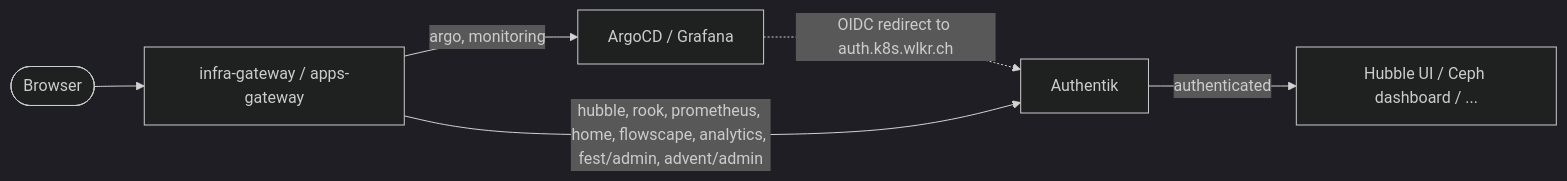
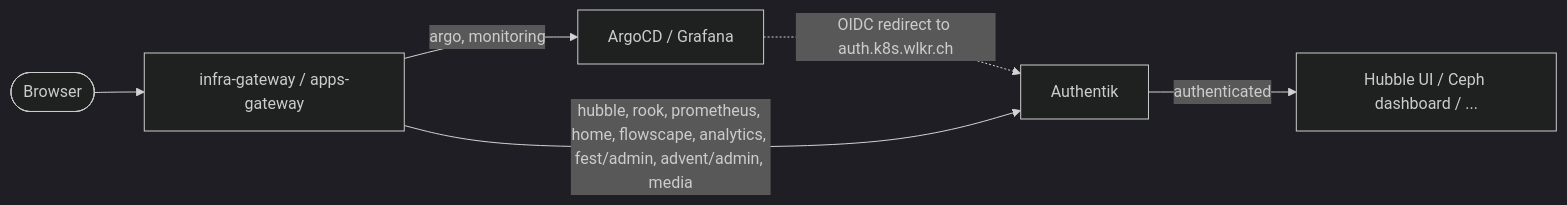
The diagram in docs/platform/authentik.md (JanWelker/homelab), drawn with Mermaid (dark theme) before and after one commit. The commit also changed other lines of this file and 2 other files, not shown here.

````diff
--- a/docs/platform/authentik.md
+++ b/docs/platform/authentik.md
@@ -42,8 +42,8 @@
 ```mermaid
 flowchart LR
     U([Browser]) --> GW[infra-gateway / apps-gateway]
     GW -->|argo, monitoring| APP[ArgoCD / Grafana]
     APP -.->|OIDC redirect to auth.k8s.wlkr.ch| AK[Authentik]
-    GW -->|hubble, rook, prometheus, home, flowscape, analytics, fest/admin, advent/admin| AK
+    GW -->|hubble, rook, prometheus, home, flowscape, analytics, fest/admin, advent/admin, media| AK
     AK -->|authenticated| BE[Hubble UI / Ceph dashboard / ...]
 ```
````
